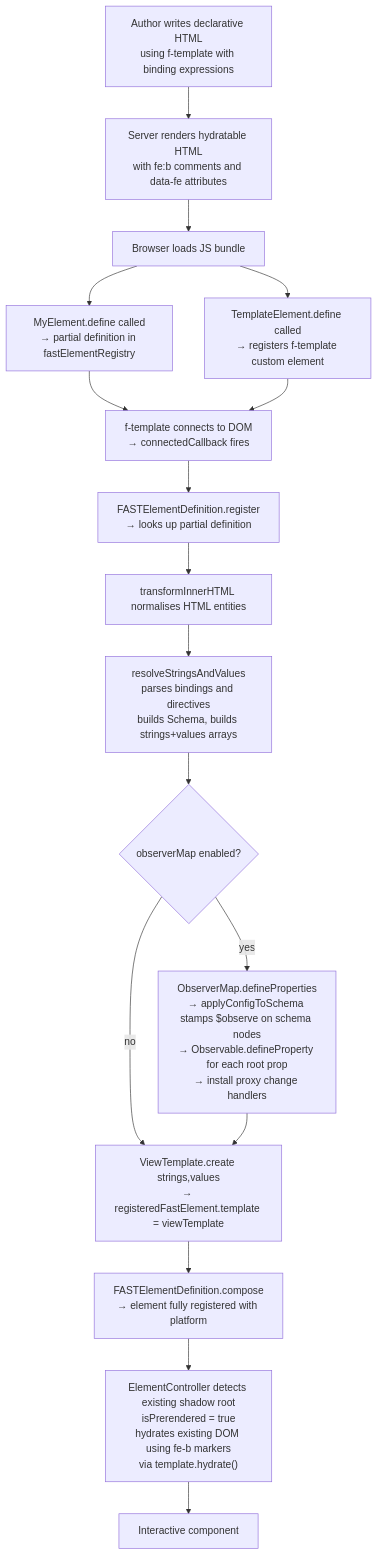
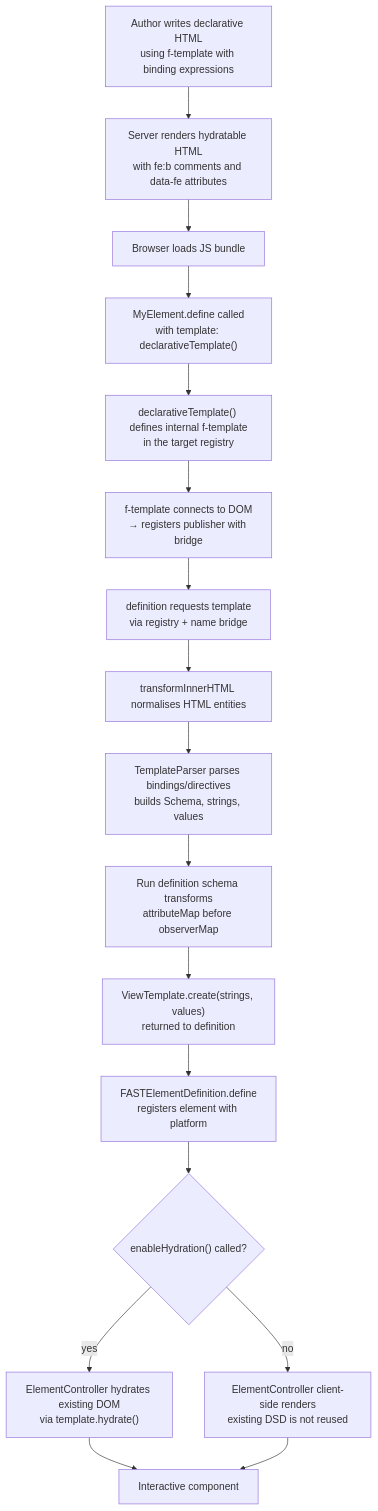
The first of 4 diagrams in packages/fast-element/DECLARATIVE_DESIGN.md (microsoft/fast), drawn with Mermaid before and after one commit. The commit also changed other lines of this file and 576 other files, not shown here.

````diff
--- a/packages/fast-element/DECLARATIVE_DESIGN.md
+++ b/packages/fast-element/DECLARATIVE_DESIGN.md
@@ -309,18 +384,31 @@
 ```mermaid
 flowchart TD
-    A["Author writes declarative HTML\nusing f-template with binding expressions"] --> B["Server renders hydratable HTML\nwith fe:b comments and data-fe attributes"]
+    A["Author writes declarative HTML
+using f-template with binding expressions"] --> B["Server renders hydratable HTML
+with fe:b comments and data-fe attributes"]
     B --> C[Browser loads JS bundle]
-    C --> D["MyElement.define called\n→ partial definition in fastElementRegistry"]
-    C --> E["TemplateElement.define called\n→ registers f-template custom element"]
-    D & E --> F["f-template connects to DOM\n→ connectedCallback fires"]
-    F --> G["FASTElementDefinition.register\n→ looks up partial definition"]
+    C --> D["MyElement.define called
+with template: declarativeTemplate()"]
+    D --> E["declarativeTemplate() defines internal f-template
+in the target registry"]
+    E --> F["f-template connects to DOM
+→ registers publisher with bridge"]
+    F --> G["definition requests template
+via registry + name bridge"]
     G --> H[transformInnerHTML normalises HTML entities]
-    H --> I["resolveStringsAndValues\nparses bindings and directives\nbuilds Schema, builds strings+values arrays"]
-    I --> J{observerMap enabled?}
-    J -- yes --> K["ObserverMap.defineProperties\n→ applyConfigToSchema stamps $observe on schema nodes\n→ Observable.defineProperty for each root prop\n→ install proxy change handlers"]
-    J -- no --> L
-    K --> L["ViewTemplate.create strings,values\n→ registeredFastElement.template = viewTemplate"]
-    L --> M["FASTElementDefinition.compose\n→ element fully registered with platform"]
-    M --> N["ElementController detects existing shadow root\nisPrerendered = true\nhydrates existing DOM using fe-b markers\nvia template.hydrate()"]
-    N --> O[Interactive component]
+    H --> I["TemplateParser parses bindings/directives
+builds Schema, strings, values"]
+    I --> J["Run definition schema transforms
+attributeMap before observerMap"]
+    J --> K["ViewTemplate.create(strings, values)
+returned to definition"]
+    K --> L["FASTElementDefinition.define
+registers element with platform"]
+    L --> M{"enableHydration() called?"}
+    M -- yes --> N["ElementController hydrates existing DOM
+via template.hydrate()"]
+    M -- no --> O["ElementController client-side renders
+existing DSD is not reused"]
+    N --> P[Interactive component]
+    O --> P
 ```
````
